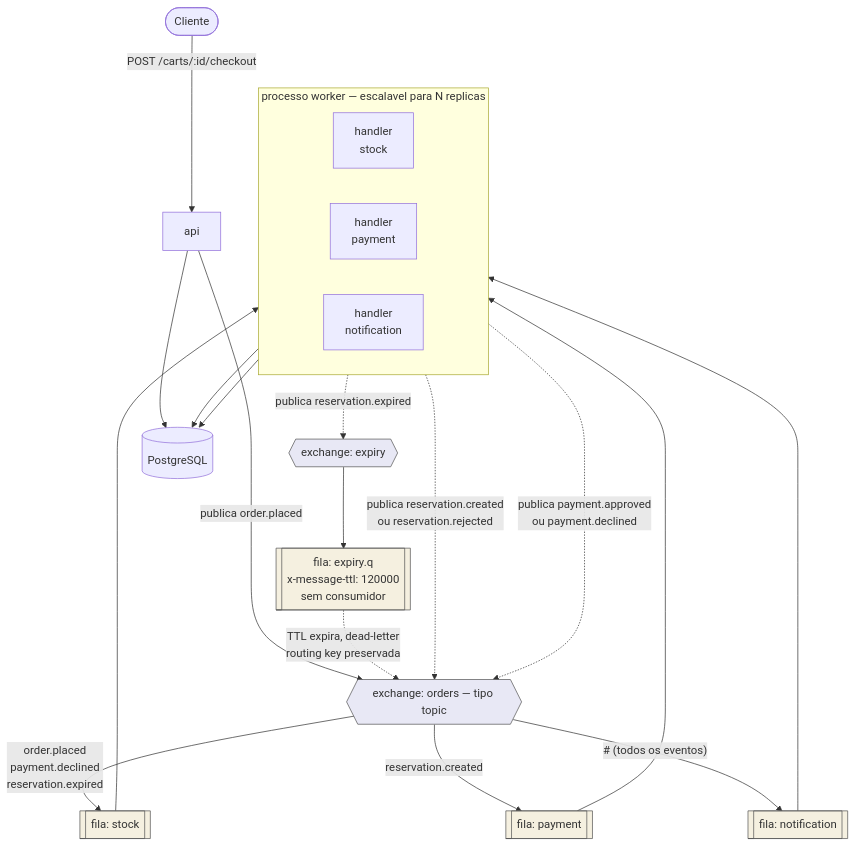
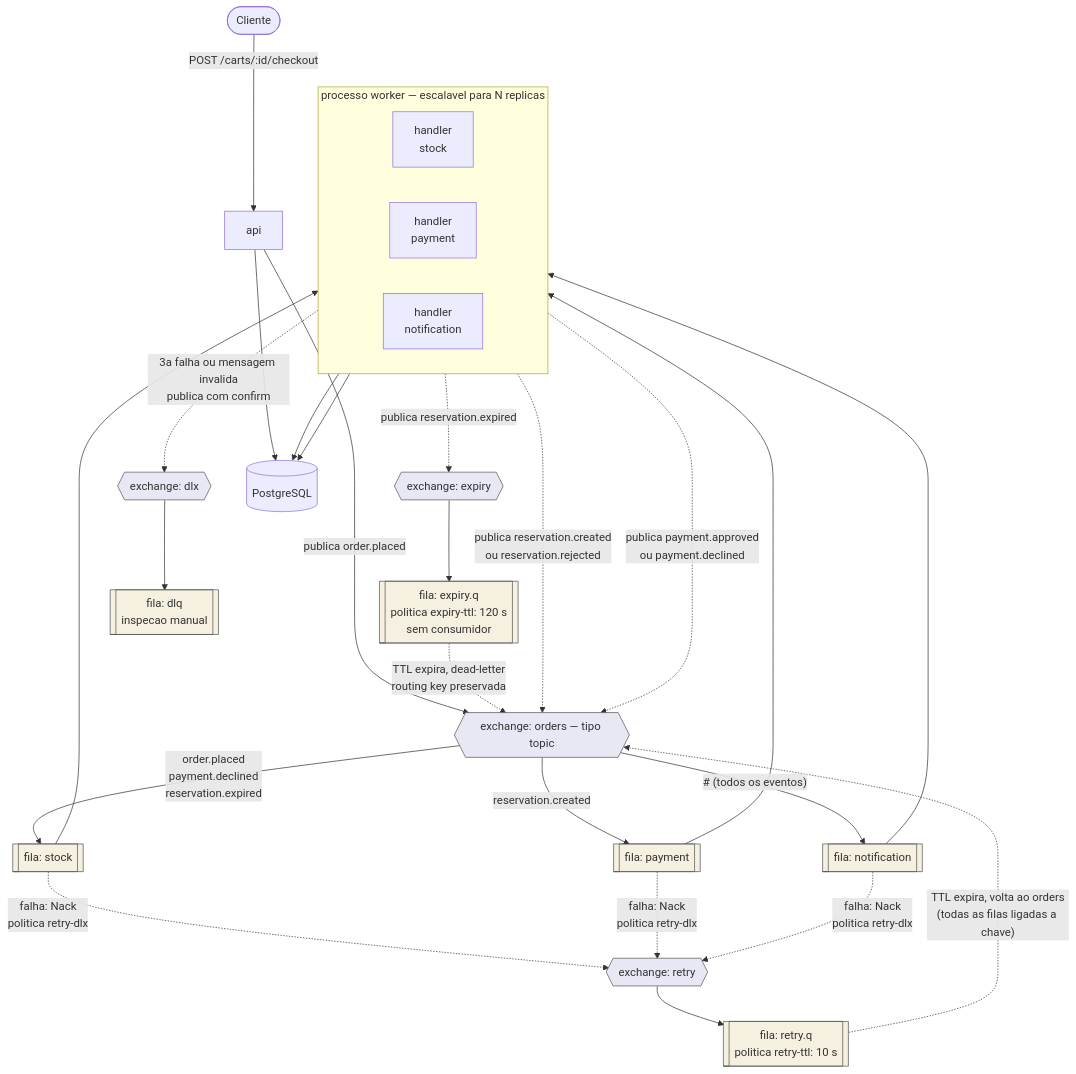
Before and after one commit to NicolasPaterno/message-queue-ecommerce: the first of 7 diagrams in docs/etapa2.md, drawn with Mermaid. The commit also changed other lines of this file and 1 other file, not shown here.

Commit message:
docs(etapa1,etapa2): diagrams, actors and corrected reliability claims

````diff
--- a/docs/etapa2.md
+++ b/docs/etapa2.md
@@ -25,35 +25,41 @@
 ```mermaid
 flowchart TB
     CLI([Cliente]) -->|"POST /carts/:id/checkout"| API[api]
     API -->|publica order.placed| EX{{"exchange: orders — tipo topic"}}
 
     EX -->|"order.placed<br/>payment.declined<br/>reservation.expired"| QS[[fila: stock]]
     EX -->|reservation.created| QP[[fila: payment]]
     EX -->|"#  (todos os eventos)"| QN[[fila: notification]]
 
     subgraph W["processo worker — escalavel para N replicas"]
         direction LR
         HS[handler<br/>stock]
         HP[handler<br/>payment]
         HN[handler<br/>notification]
     end
 
     QS --> HS
     QP --> HP
     QN --> HN
 
     HS -.->|"publica reservation.created<br/>ou reservation.rejected"| EX
     HP -.->|"publica payment.approved<br/>ou payment.declined"| EX
     HS -.->|publica reservation.expired| XE{{exchange: expiry}}
-    XE --> QX[["fila: expiry.q<br/>x-message-ttl: 120000<br/>sem consumidor"]]
+    XE --> QX[["fila: expiry.q<br/>politica expiry-ttl: 120 s<br/>sem consumidor"]]
     QX -.->|"TTL expira, dead-letter<br/>routing key preservada"| EX
+
+    QS & QP & QN -.->|"falha: Nack<br/>politica retry-dlx"| XR{{exchange: retry}}
+    XR --> QR[["fila: retry.q<br/>politica retry-ttl: 10 s"]]
+    QR -.->|"TTL expira, volta ao orders<br/>(todas as filas ligadas a chave)"| EX
+    W -.->|"3a falha ou mensagem invalida<br/>publica com confirm"| XD{{exchange: dlx}}
+    XD --> QD[["fila: dlq<br/>inspecao manual"]]
 
     API --> PG[(PostgreSQL)]
     HS --> PG
     HP --> PG
 
     classDef ex fill:#e8e8f5,stroke:#555
     classDef q fill:#f5f0e0,stroke:#555
-    class EX,XE ex
-    class QP,QS,QN,QX q
+    class EX,XE,XR,XD ex
+    class QP,QS,QN,QX,QR,QD q
 ```
````
